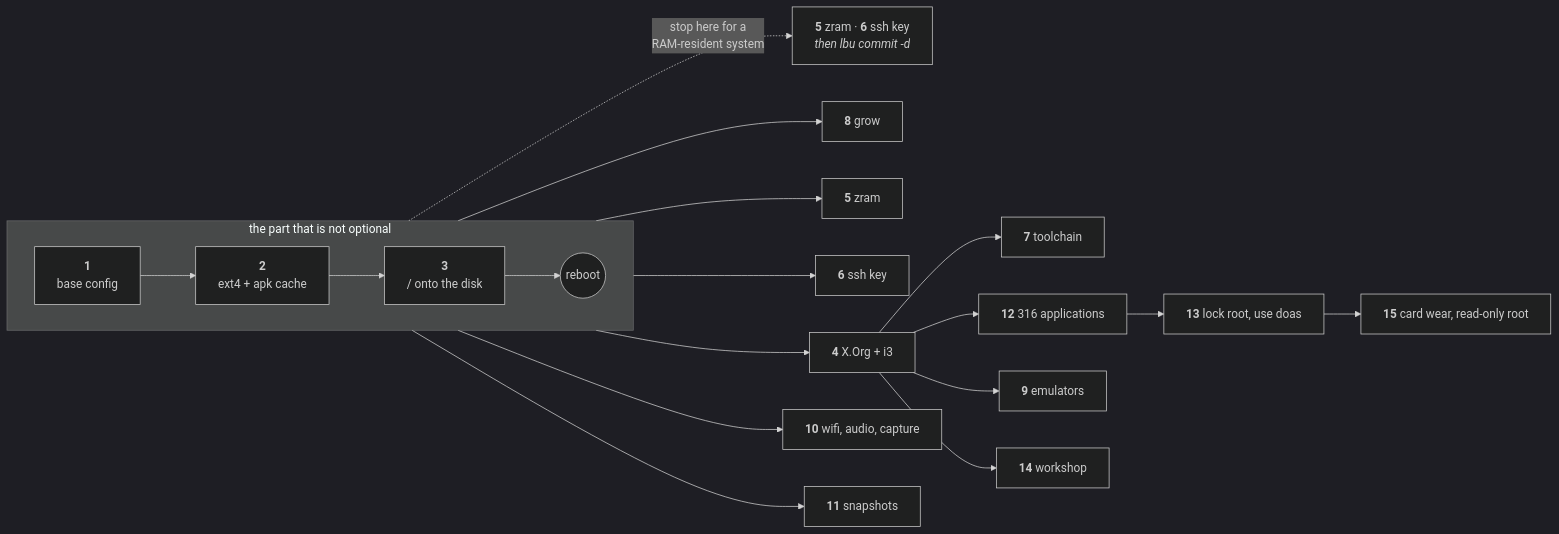
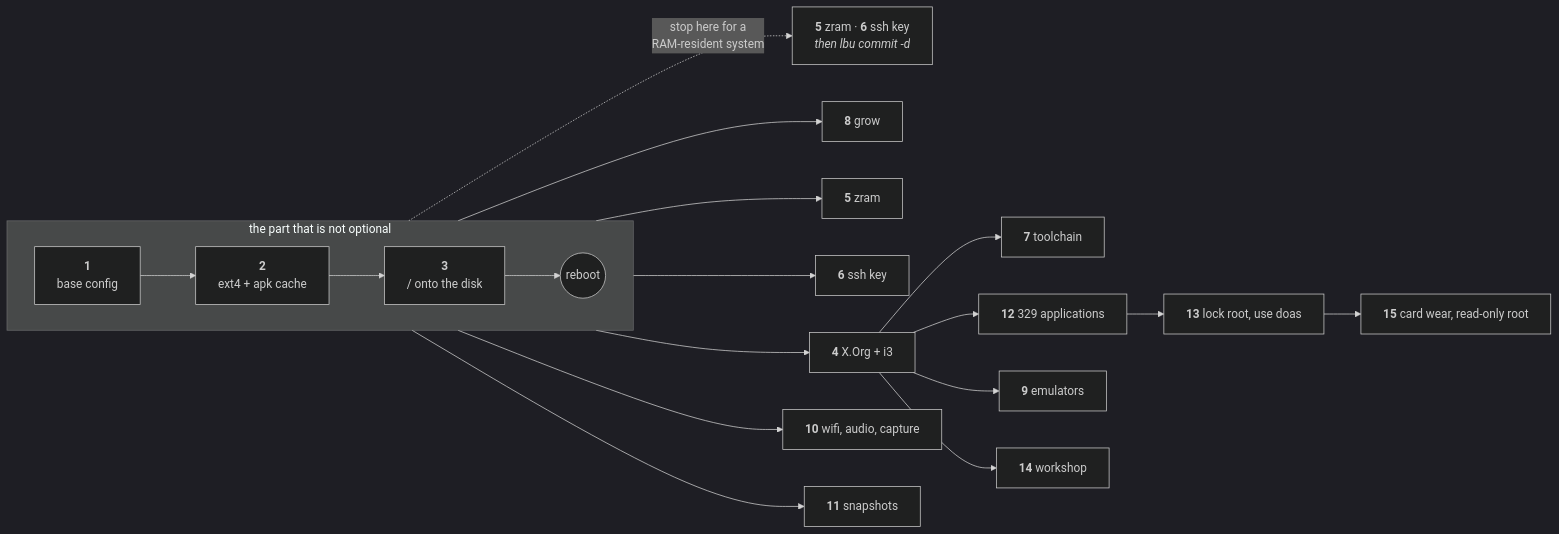
Before and after one commit to copallinux/copal: the fourth of 5 diagrams in README.md, drawn with Mermaid (dark theme). The commit also changed other lines of this file and 4 other files, not shown here.

````diff
--- a/README.md
+++ b/README.md
@@ -964,22 +964,22 @@
 ```mermaid
 flowchart LR
     subgraph must["the part that is not optional"]
       direction LR
       S1["<b>1</b><br/>base config"] --> S2["<b>2</b><br/>ext4 + apk cache"]
       S2 --> S3["<b>3</b><br/>/ onto the disk"]
       S3 --> RB(("reboot"))
     end
     S2 -.->|"stop here for a<br/>RAM-resident system"| MIN["<b>5</b> zram · <b>6</b> ssh key<br/><i>then lbu commit -d</i>"]
     RB --> S8["<b>8</b> grow"]
     RB --> S5["<b>5</b> zram"]
     RB --> S6["<b>6</b> ssh key"]
     RB --> S4["<b>4</b> X.Org + i3"]
     S4 --> S7["<b>7</b> toolchain"]
-    S4 --> S12["<b>12</b> 316 applications"]
+    S4 --> S12["<b>12</b> 329 applications"]
     S4 --> S9["<b>9</b> emulators"]
     S4 --> S14["<b>14</b> workshop"]
     RB --> S10["<b>10</b> wifi, audio, capture"]
     RB --> S11["<b>11</b> snapshots"]
     S12 --> S13["<b>13</b> lock root, use doas"]
     S13 --> S15["<b>15</b> card wear, read-only root"]
 ```
````
